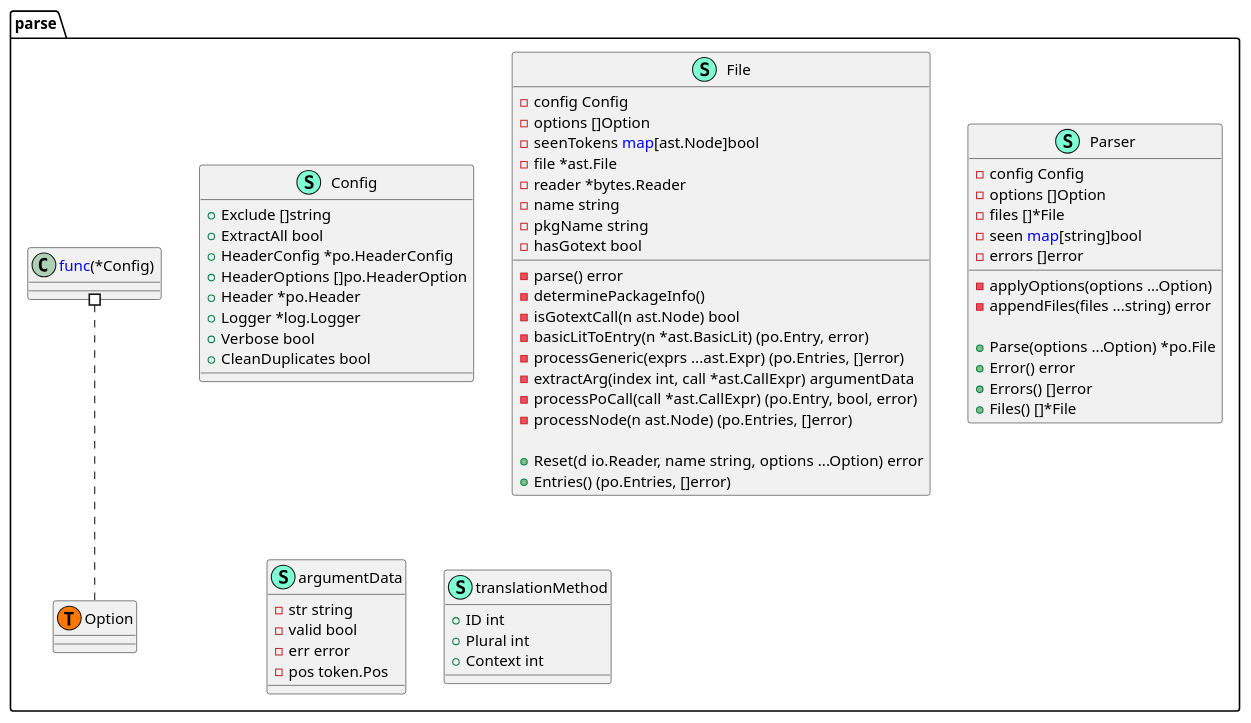
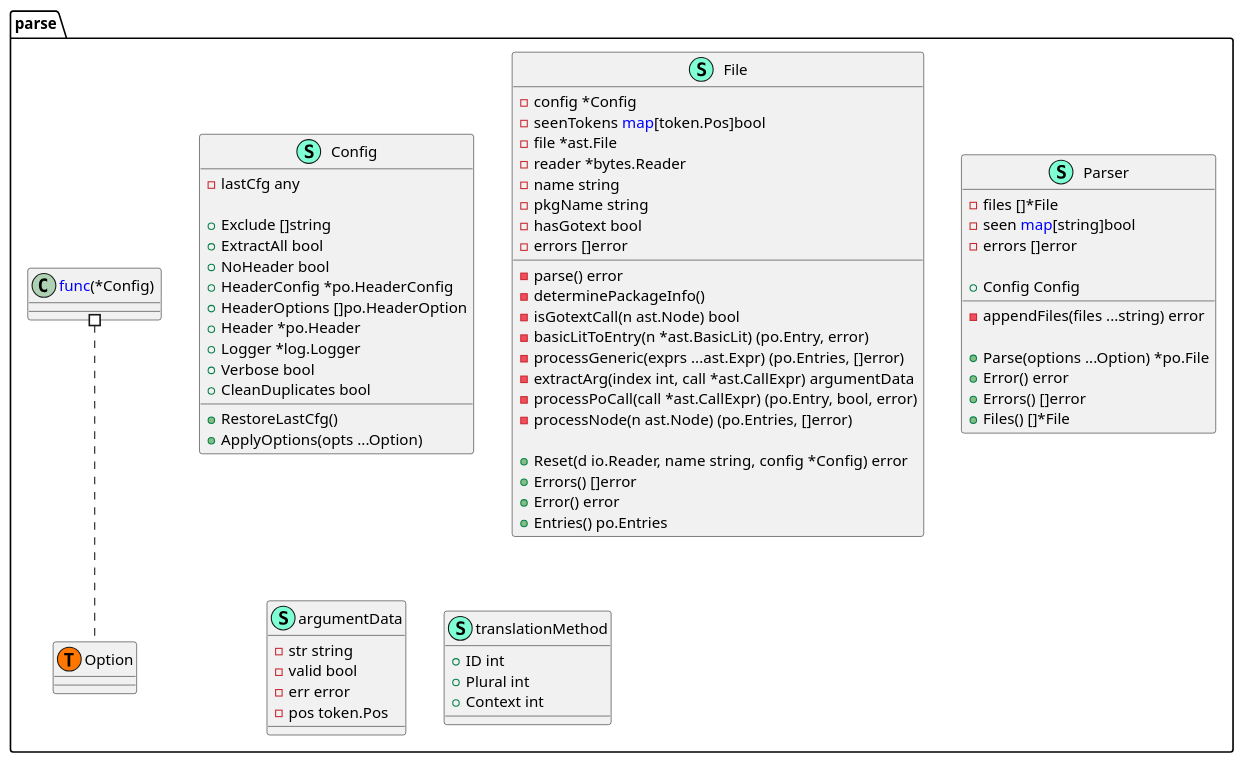
One commit to Tom5521/gotext-tools changed the diagram in pkg/go/parse/structure.puml. Above: the diagram before and after it, drawn with PlantUML. The commit also changed 7 other files, not shown here.

Commit message:
docs: Update UML files

```diff
--- a/pkg/go/parse/structure.puml
+++ b/pkg/go/parse/structure.puml
@@ -1,72 +1,79 @@
 @startuml
 namespace parse {
     class Config << (S,Aquamarine) >> {
+        - lastCfg any
+
         + Exclude []string
         + ExtractAll bool
+        + NoHeader bool
         + HeaderConfig *po.HeaderConfig
         + HeaderOptions []po.HeaderOption
         + Header *po.Header
         + Logger *log.Logger
         + Verbose bool
         + CleanDuplicates bool
 
+        + RestoreLastCfg() 
+        + ApplyOptions(opts ...Option) 
+
     }
     class File << (S,Aquamarine) >> {
-        - config Config
-        - options []Option
-        - seenTokens <font color=blue>map</font>[ast.Node]bool
+        - config *Config
+        - seenTokens <font color=blue>map</font>[token.Pos]bool
         - file *ast.File
         - reader *bytes.Reader
         - name string
         - pkgName string
         - hasGotext bool
+        - errors []error
 
         - parse() error
         - determinePackageInfo() 
         - isGotextCall(n ast.Node) bool
         - basicLitToEntry(n *ast.BasicLit) (po.Entry, error)
         - processGeneric(exprs ...ast.Expr) (po.Entries, []error)
         - extractArg(index int, call *ast.CallExpr) argumentData
         - processPoCall(call *ast.CallExpr) (po.Entry, bool, error)
         - processNode(n ast.Node) (po.Entries, []error)
 
-        + Reset(d io.Reader, name string, options ...Option) error
-        + Entries() (po.Entries, []error)
+        + Reset(d io.Reader, name string, config *Config) error
+        + Errors() []error
+        + Error() error
+        + Entries() po.Entries
 
     }
     class Parser << (S,Aquamarine) >> {
-        - config Config
-        - options []Option
         - files []*File
         - seen <font color=blue>map</font>[string]bool
         - errors []error
 
-        - applyOptions(options ...Option) 
+        + Config Config
+
         - appendFiles(files ...string) error
 
         + Parse(options ...Option) *po.File
         + Error() error
         + Errors() []error
         + Files() []*File
 
     }
     class argumentData << (S,Aquamarine) >> {
         - str string
         - valid bool
         - err error
         - pos token.Pos
 
     }
     class parse.Option << (T, #FF7700) >>  {
     }
     class translationMethod << (S,Aquamarine) >> {
         + ID int
         + Plural int
         + Context int
 
     }
 }
 
 
 "parse.<font color=blue>func</font>(*Config) " #.. "parse.Option"
 @enduml
```
